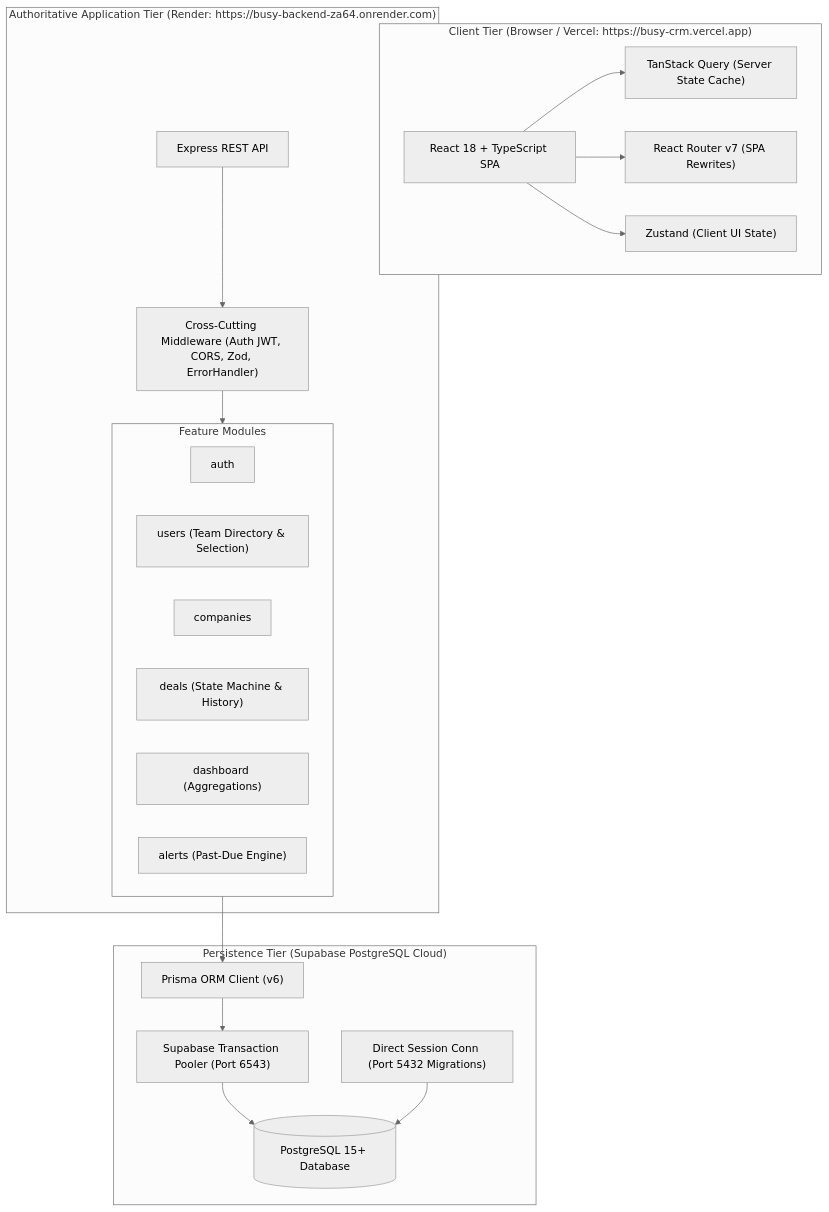
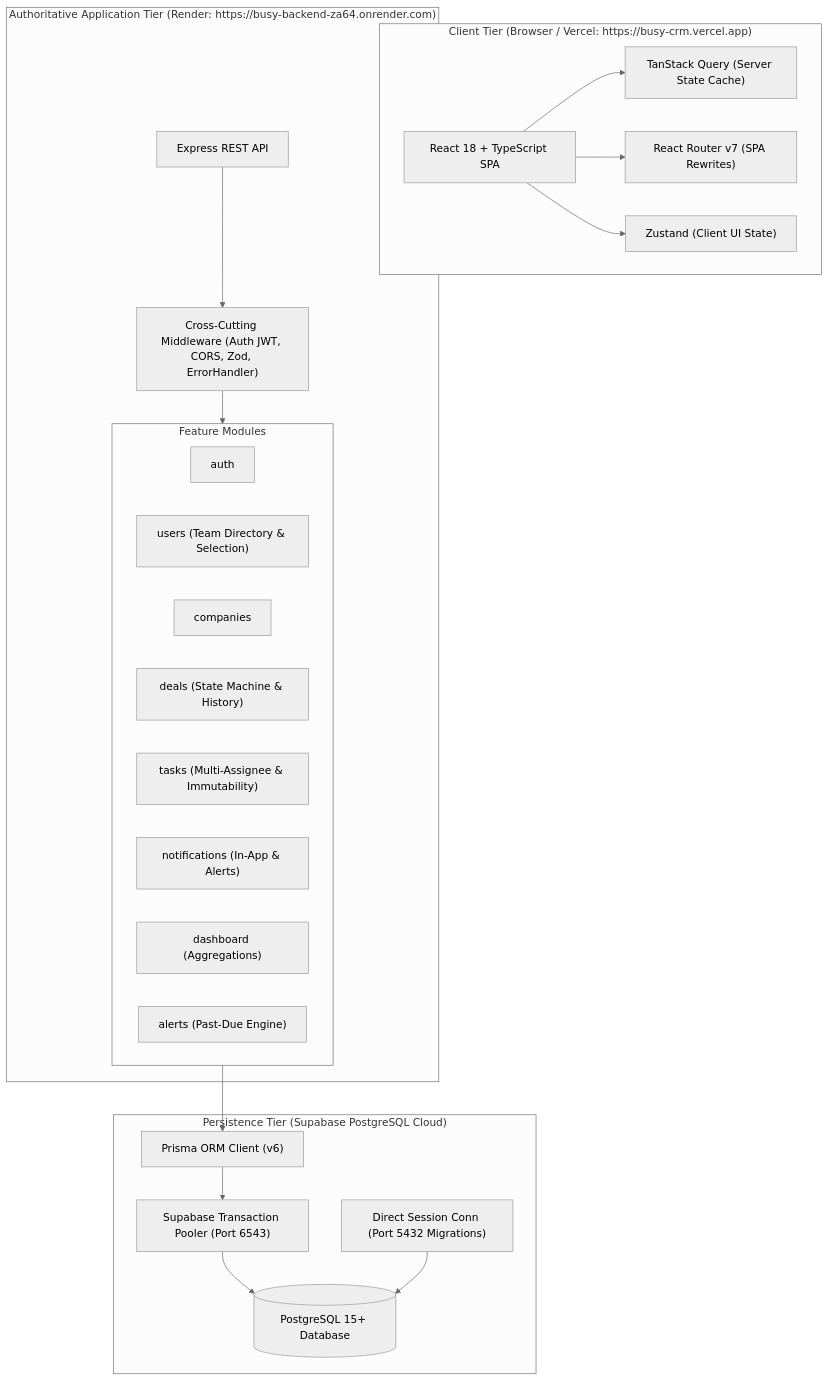
One commit to vedrathavi/Busy-Assignment changed the first of 5 diagrams in docs/architecture.md. Above: the diagram before and after it, drawn with Mermaid (neutral theme). The commit also changed other lines of this file and 61 other files, not shown here.

````diff
--- a/docs/architecture.md
+++ b/docs/architecture.md
@@ -11,40 +11,42 @@
 ```mermaid
 graph TD
     subgraph Client ["Client Tier (Browser / Vercel: https://busy-crm.vercel.app)"]
         UI["React 18 + TypeScript SPA"]
         RQ["TanStack Query (Server State Cache)"]
         Router["React Router v7 (SPA Rewrites)"]
         ZS["Zustand (Client UI State)"]
         UI --> RQ
         UI --> Router
         UI --> ZS
     end
 
     subgraph Server ["Authoritative Application Tier (Render: https://busy-backend-za64.onrender.com)"]
         API["Express REST API"]
         MW["Cross-Cutting Middleware (Auth JWT, CORS, Zod, ErrorHandler)"]
         
         subgraph Modules ["Feature Modules"]
             AuthMod["auth"]
             UsersMod["users (Team Directory & Selection)"]
             CompMod["companies"]
             DealsMod["deals (State Machine & History)"]
+            TasksMod["tasks (Multi-Assignee & Immutability)"]
+            NotifMod["notifications (In-App & Alerts)"]
             DashMod["dashboard (Aggregations)"]
             AlertsMod["alerts (Past-Due Engine)"]
         end
         
         API --> MW
         MW --> Modules
     end
 
     subgraph Persistence ["Persistence Tier (Supabase PostgreSQL Cloud)"]
         Prisma["Prisma ORM Client (v6)"]
         Pooler["Supabase Transaction Pooler (Port 6543)"]
         DirectConn["Direct Session Conn (Port 5432 Migrations)"]
         DB[("PostgreSQL 15+ Database")]
         Modules --> Prisma
         Prisma --> Pooler
         Pooler --> DB
         DirectConn --> DB
     end
 ```
````
